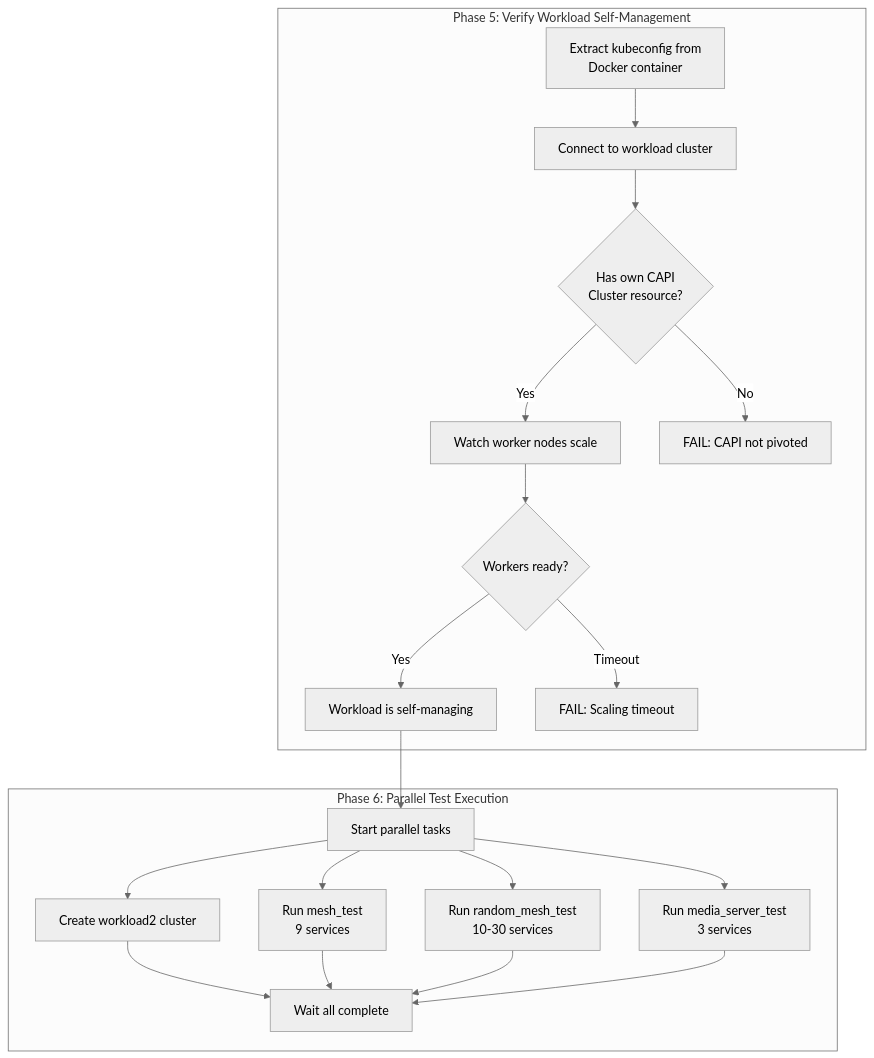
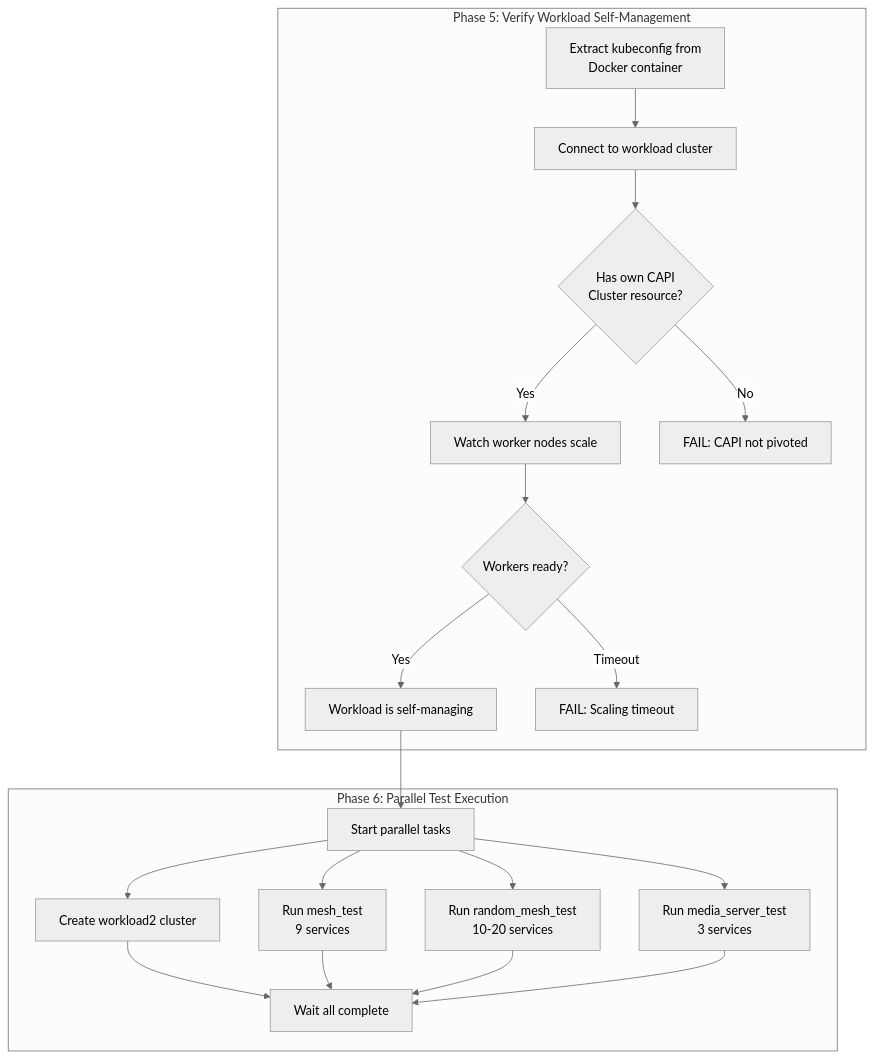
The fourth of 19 diagrams in docs/e2e-tests.md (evan-hines-js/lattice), drawn with Mermaid (neutral theme) before and after one commit. The commit also changed other lines of this file and 6 other files, not shown here.

````diff
--- a/docs/e2e-tests.md
+++ b/docs/e2e-tests.md
@@ -155,28 +155,28 @@
 ```mermaid
 flowchart TD
     subgraph "Phase 5: Verify Workload Self-Management"
         P5A[Extract kubeconfig from<br/>Docker container] --> P5B[Connect to workload cluster]
         P5B --> P5C{Has own CAPI<br/>Cluster resource?}
         P5C -->|Yes| P5D[Watch worker nodes scale]
         P5C -->|No| P5E[FAIL: CAPI not pivoted]
         P5D --> P5F{Workers ready?}
         P5F -->|Yes| P5G[Workload is self-managing]
         P5F -->|Timeout| P5H[FAIL: Scaling timeout]
     end
 
     subgraph "Phase 6: Parallel Test Execution"
         P6A[Start parallel tasks]
 
         P6A --> P6B[Create workload2 cluster]
         P6A --> P6C[Run mesh_test<br/>9 services]
-        P6A --> P6D[Run random_mesh_test<br/>10-30 services]
+        P6A --> P6D[Run random_mesh_test<br/>10-20 services]
         P6A --> P6E[Run media_server_test<br/>3 services]
 
         P6B --> P6F[Wait all complete]
         P6C --> P6F
         P6D --> P6F
         P6E --> P6F
     end
 
     P5G --> P6A
 ```
````
